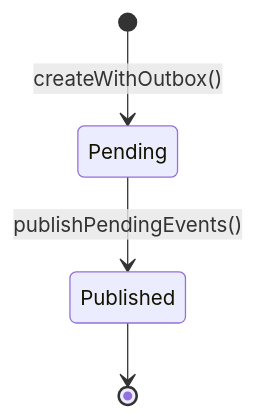
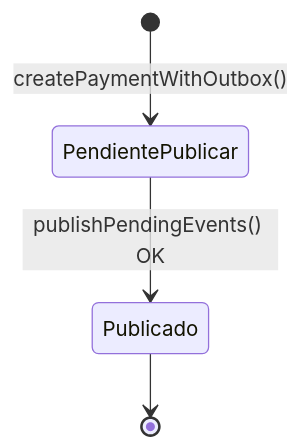
One commit to dani-pereira-dev/microservice-sns-sqs changed the seventh of 9 diagrams in docs/entity-states.md. Above: the diagram before and after it, drawn with Mermaid. The commit also changed other lines of this file and 33 other files, not shown here.

````diff
--- a/docs/entity-states.md
+++ b/docs/entity-states.md
@@ -115,6 +114,6 @@
 ```mermaid
 stateDiagram-v2
-  [*] --> Pending: createWithOutbox()
-  Pending --> Published: publishPendingEvents()
-  Published --> [*]
+  [*] --> PendientePublicar: createPaymentWithOutbox()
+  PendientePublicar --> Publicado: publishPendingEvents() OK
+  Publicado --> [*]
 ```
````
